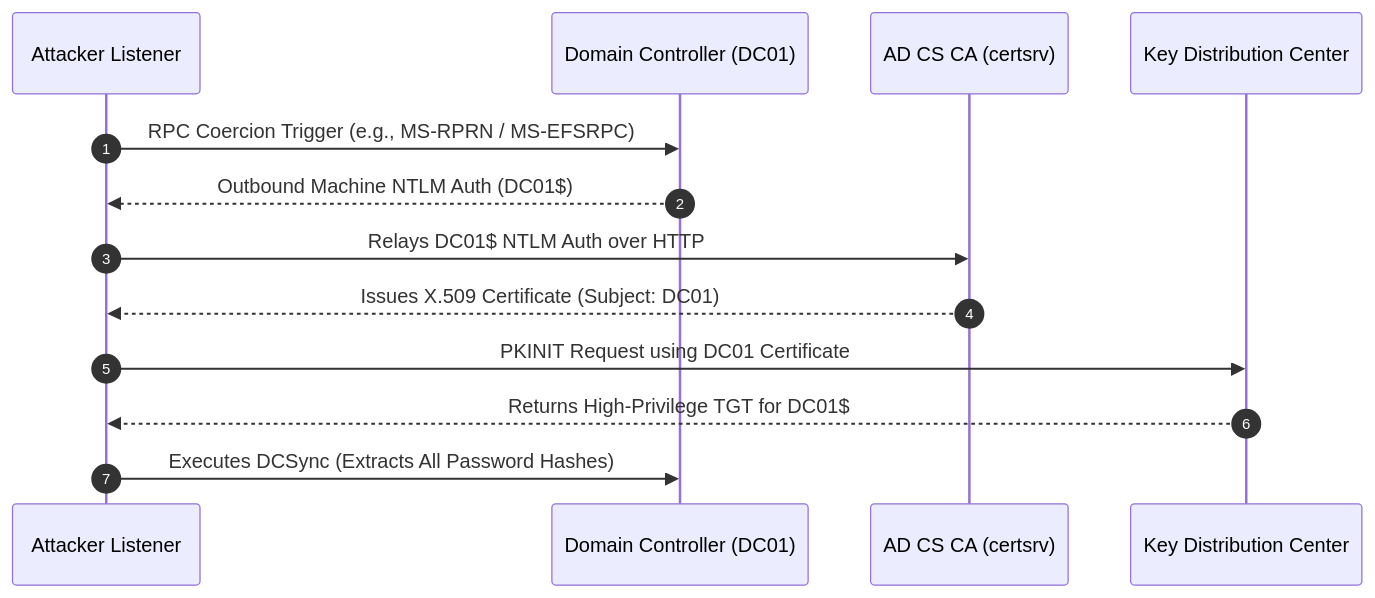
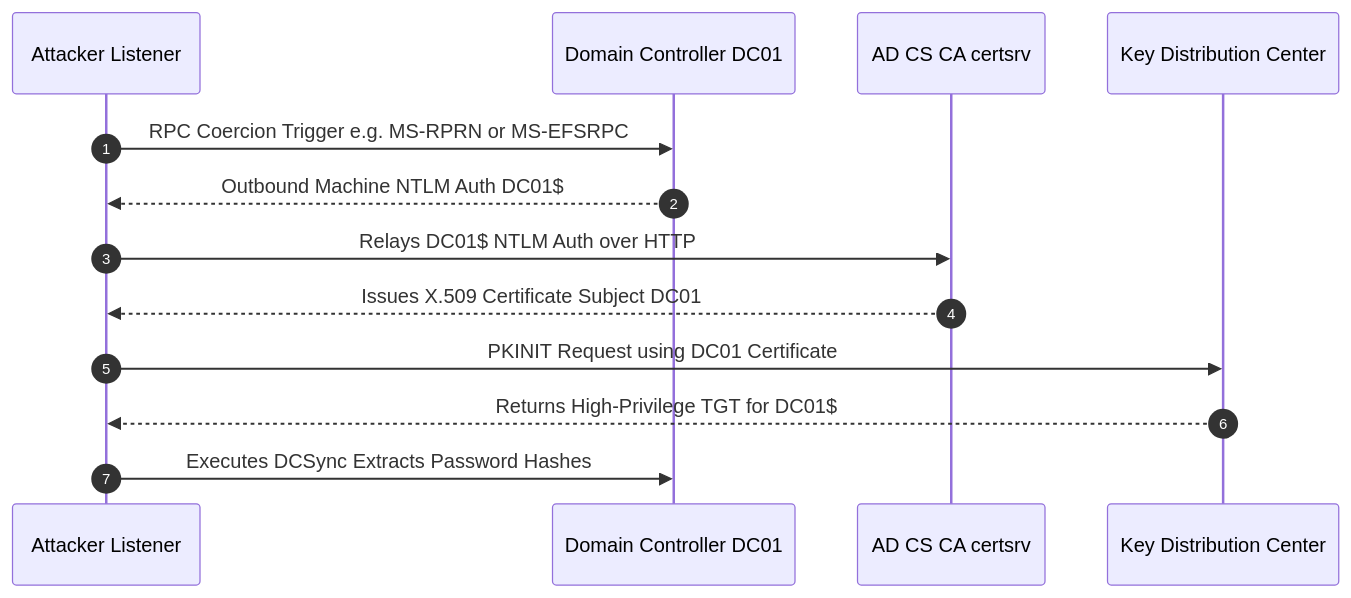
The second of 4 diagrams in On 10-10-2026 How Attackers Force Credential Exposure Without Touching the Credential Store  & The ACCA Model, Forensic Reconstruction, and the Safety Architecture That Works.md (hiro001-eth/What-I-Learned-Today-on-SOC-GRC-), drawn with Mermaid before and after one commit. The commit also changed other lines of this file and 1 other file, not shown here.

Commit message:
feat(paper-15): Fix Mermaid diagram syntax and publish Paper 15

````diff
--- a/On 10-10-2026 How Attackers Force Credential Exposure Without Touching the Credential Store  & The ACCA Model, Forensic Reconstruction, and the Safety Architecture That Works.md
+++ b/On 10-10-2026 How Attackers Force Credential Exposure Without Touching the Credential Store  & The ACCA Model, Forensic Reconstruction, and the Safety Architecture That Works.md
@@ -188,16 +182,16 @@
 ```mermaid
 sequenceDiagram
     autonumber
     participant Attacker as Attacker Listener
-    participant DC as Domain Controller (DC01)
-    participant ADCS as AD CS CA (certsrv)
+    participant DC as Domain Controller DC01
+    participant ADCS as AD CS CA certsrv
     participant KDC as Key Distribution Center
 
-    Attacker->>DC: RPC Coercion Trigger (e.g., MS-RPRN / MS-EFSRPC)
-    DC-->>Attacker: Outbound Machine NTLM Auth (DC01$)
+    Attacker->>DC: RPC Coercion Trigger e.g. MS-RPRN or MS-EFSRPC
+    DC-->>Attacker: Outbound Machine NTLM Auth DC01$
     Attacker->>ADCS: Relays DC01$ NTLM Auth over HTTP
-    ADCS-->>Attacker: Issues X.509 Certificate (Subject: DC01)
+    ADCS-->>Attacker: Issues X.509 Certificate Subject DC01
     Attacker->>KDC: PKINIT Request using DC01 Certificate
     KDC-->>Attacker: Returns High-Privilege TGT for DC01$
-    Attacker->>DC: Executes DCSync (Extracts All Password Hashes)
+    Attacker->>DC: Executes DCSync Extracts Password Hashes
 ```
````
